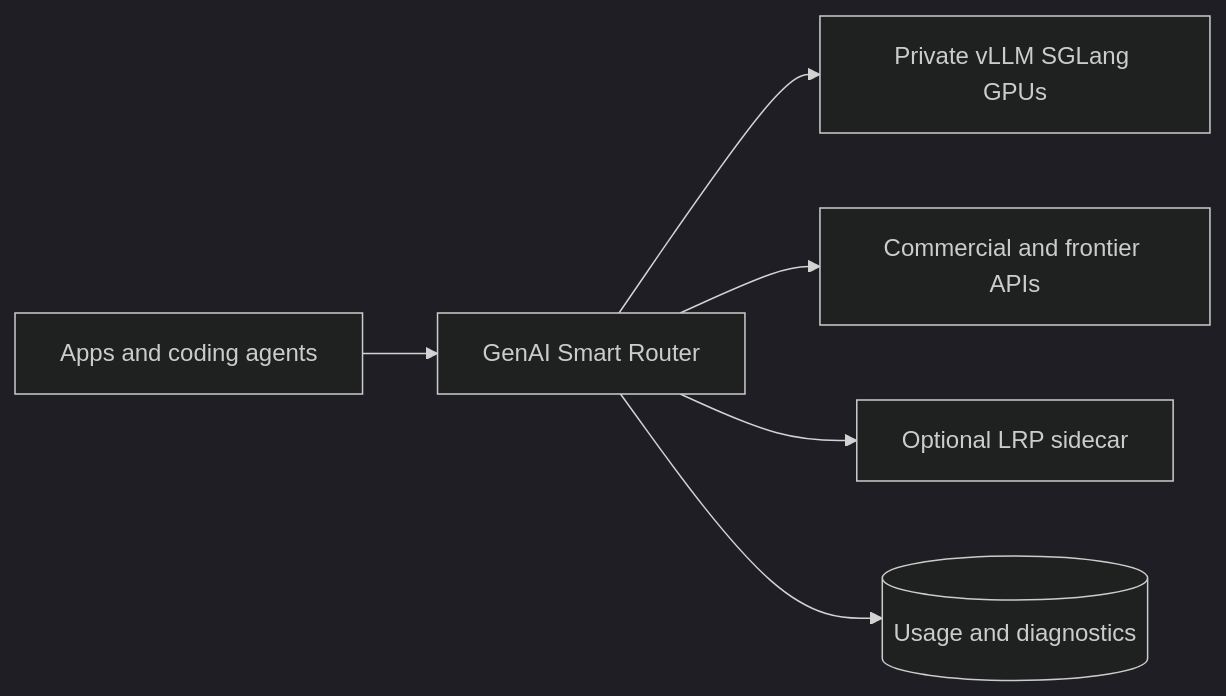
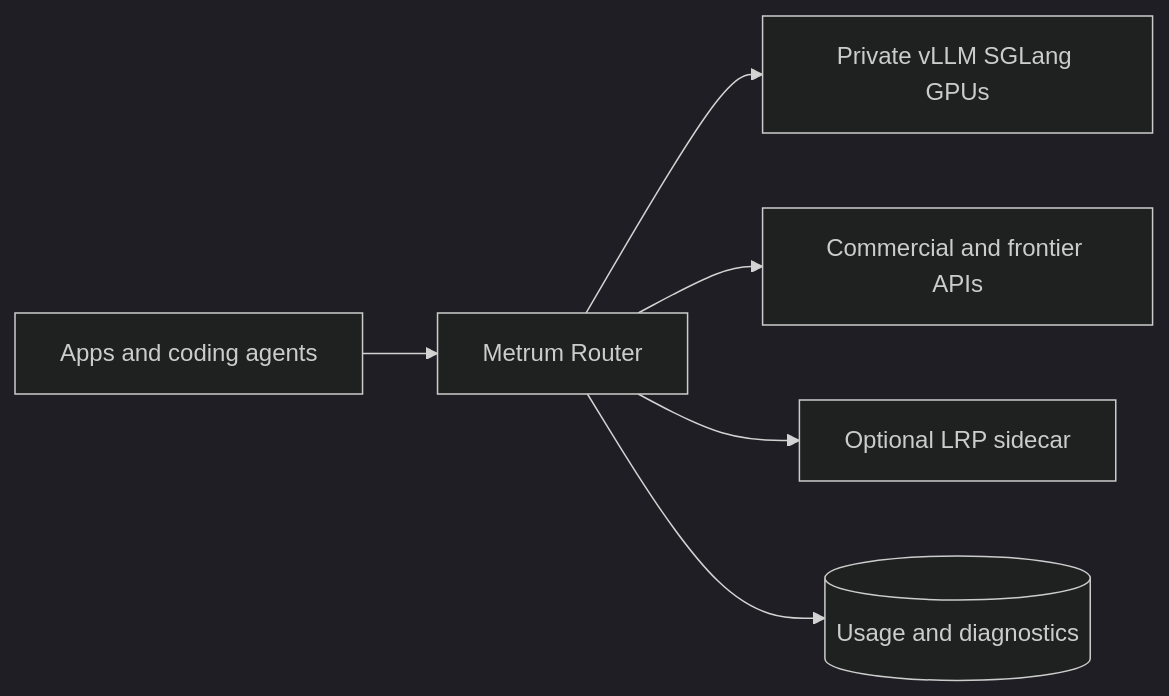
The first of 2 diagrams in docs-site/docs/overview.mdx (Metrum-AI-Products/genai-smart-router), drawn with Mermaid (dark theme) before and after one commit. The commit also changed other lines of this file and 110 other files, not shown here.

First line of the commit message:
Close OSS Launch A readiness for Metrum Router.

````diff
--- a/docs-site/docs/overview.mdx
+++ b/docs-site/docs/overview.mdx
@@ -39,14 +39,14 @@
 ```mermaid
 flowchart LR
   Apps[Apps and coding agents]
-  Router[GenAI Smart Router]
+  Router[Metrum Router]
   Priv[Private vLLM SGLang GPUs]
   SaaS[Commercial and frontier APIs]
   LRP[Optional LRP sidecar]
   Usage[(Usage and diagnostics)]
   Apps --> Router
   Router --> Priv
   Router --> SaaS
   Router --> LRP
   Router --> Usage
 ```
````
